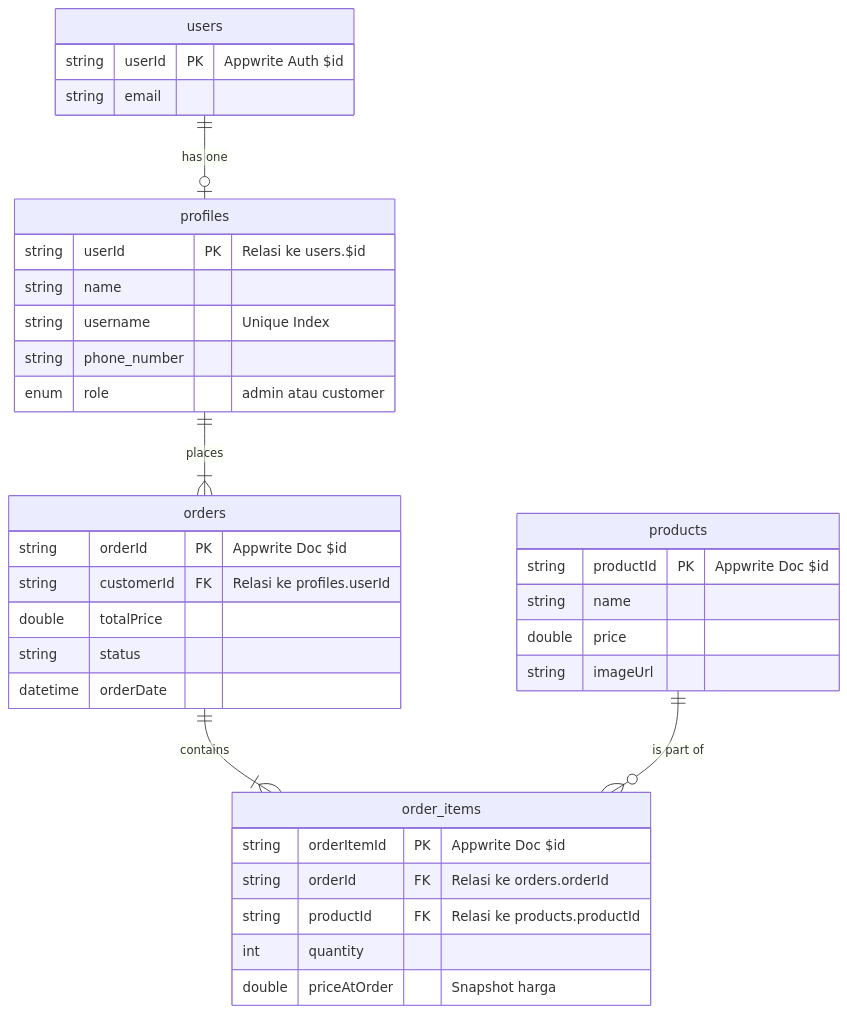
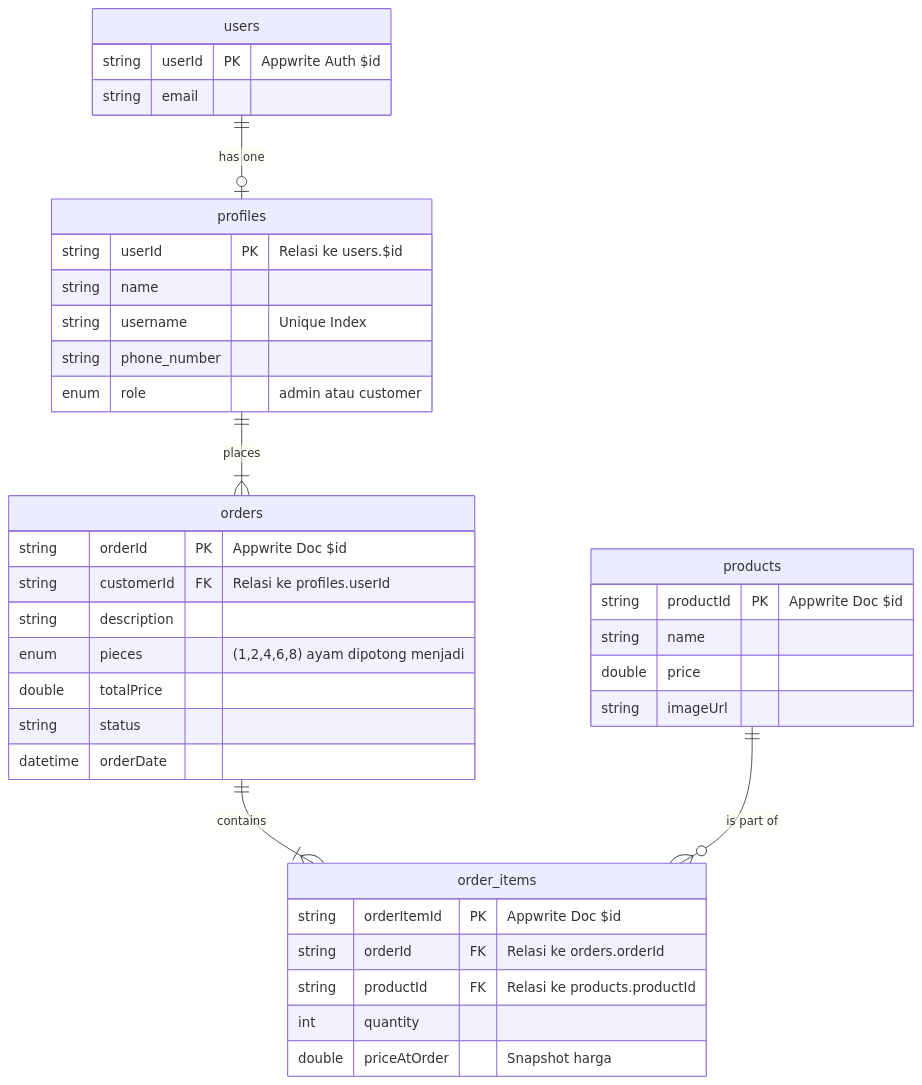
The diagram in dokumen-srs-Azhar-221240001263.md (azharmlnf/aplikasi-pemesanan-ayam-potong), drawn with Mermaid before and after one commit.

Commit message:
update srs

````diff
--- a/dokumen-srs-Azhar-221240001263.md
+++ b/dokumen-srs-Azhar-221240001263.md
@@ -178,43 +178,45 @@
 ```mermaid
 erDiagram
     users {
         string userId PK "Appwrite Auth $id"
         string email
     }
 
     profiles {
         string userId PK "Relasi ke users.$id"
         string name
         string username "Unique Index"
         string phone_number
         enum role "admin  atau customer"
     }
 
     products {
         string productId PK "Appwrite Doc $id"
         string name
         double price
         string imageUrl
     }
 
     orders {
         string orderId PK "Appwrite Doc $id"
         string customerId FK "Relasi ke profiles.userId"
+        string description 
+        enum pieces  "(1,2,4,6,8) ayam dipotong menjadi"
         double totalPrice
         string status
         datetime orderDate
     }
 
     order_items {
         string orderItemId PK "Appwrite Doc $id"
         string orderId FK "Relasi ke orders.orderId"
         string productId FK "Relasi ke products.productId"
         int quantity
         double priceAtOrder "Snapshot harga"
     }
 
     users ||--o| profiles : "has one"
     profiles ||--|{ orders : "places"
     orders ||--|{ order_items : "contains"
     products ||--o{ order_items : "is part of"
 ```
````
